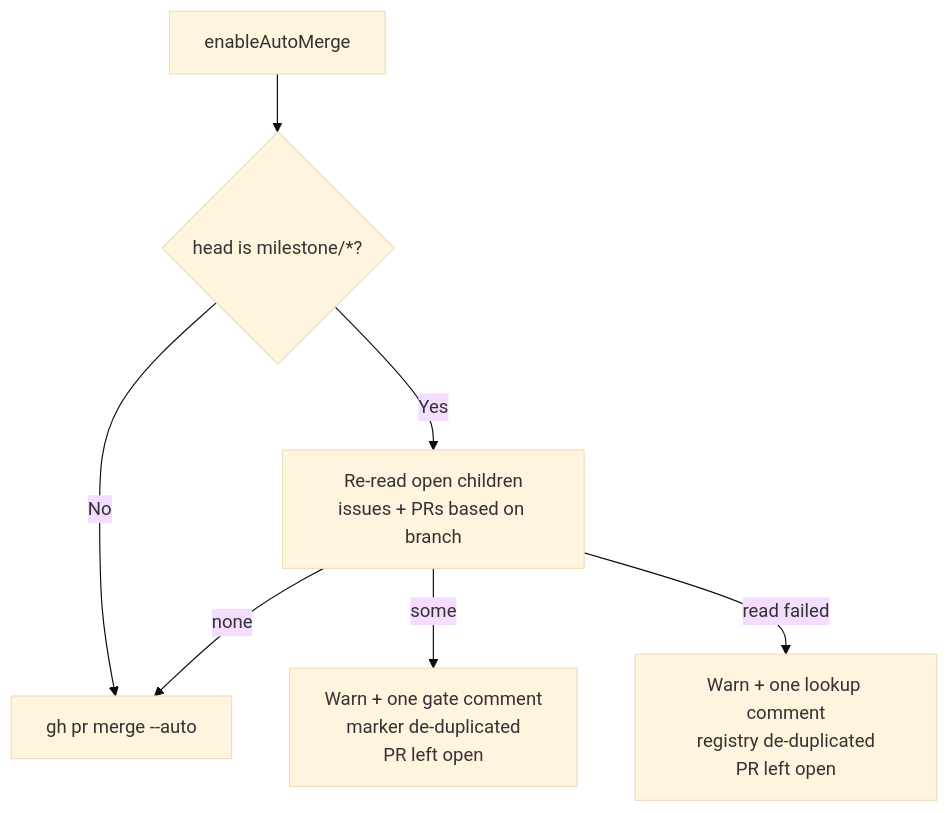
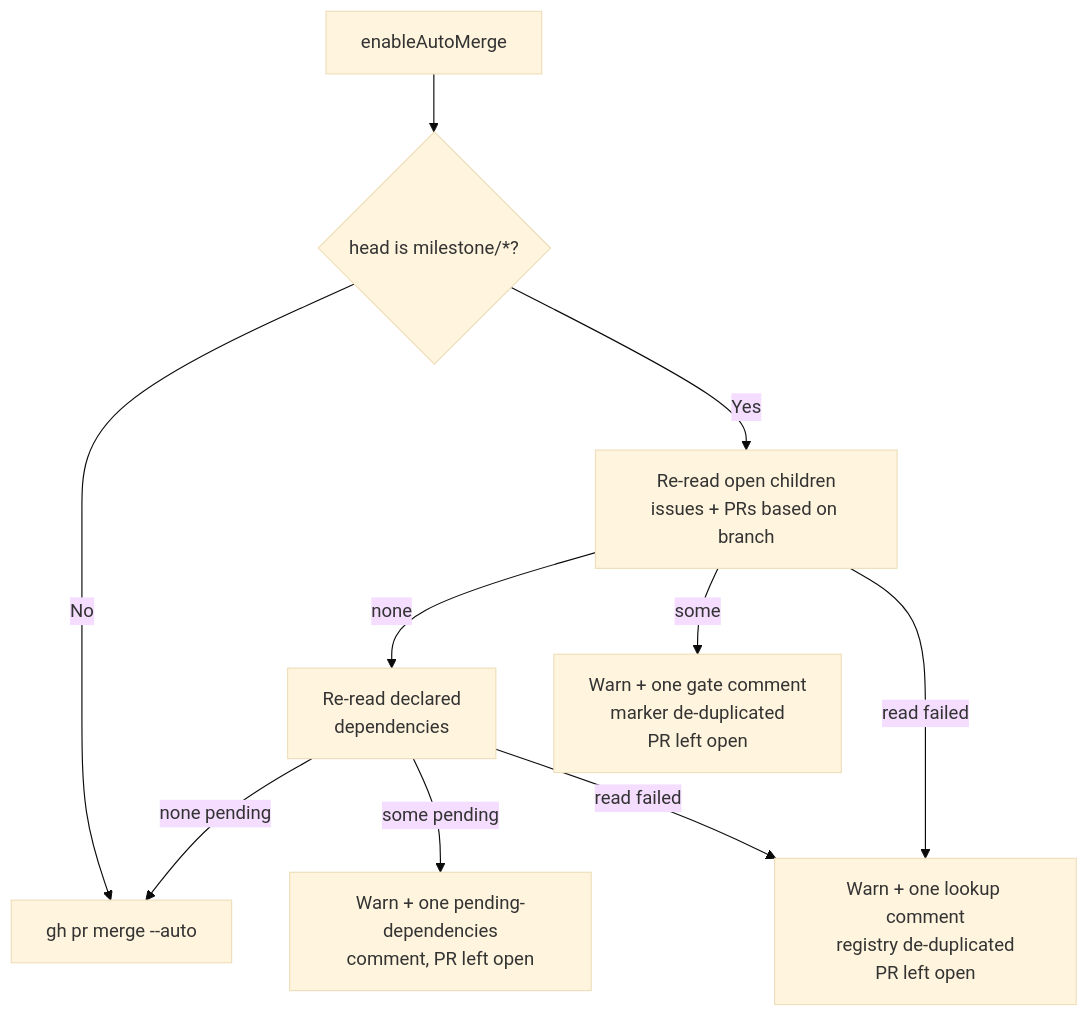
Diagram 19 of 46 in docs/INTERNALS.md (stSoftwareAU/VibeCoder), drawn with Mermaid (base theme) before and after one commit. The commit also changed other lines of this file and 6 other files, not shown here.

````diff
--- a/docs/INTERNALS.md
+++ b/docs/INTERNALS.md
@@ -2337,9 +2352,12 @@
 ```mermaid
 flowchart TD
     A[enableAutoMerge] --> B{head is milestone/*?}
     B -- No --> M[gh pr merge --auto]
     B -- Yes --> C[Re-read open children<br/>issues + PRs based on branch]
-    C -- none --> M
+    C -- none --> N[Re-read declared<br/>dependencies]
     C -- some --> D[Warn + one gate comment<br/>marker de-duplicated<br/>PR left open]
     C -- read failed --> E[Warn + one lookup comment<br/>registry de-duplicated<br/>PR left open]
+    N -- none pending --> M
+    N -- some pending --> F[Warn + one pending-dependencies<br/>comment, PR left open]
+    N -- read failed --> E
 ```
````
